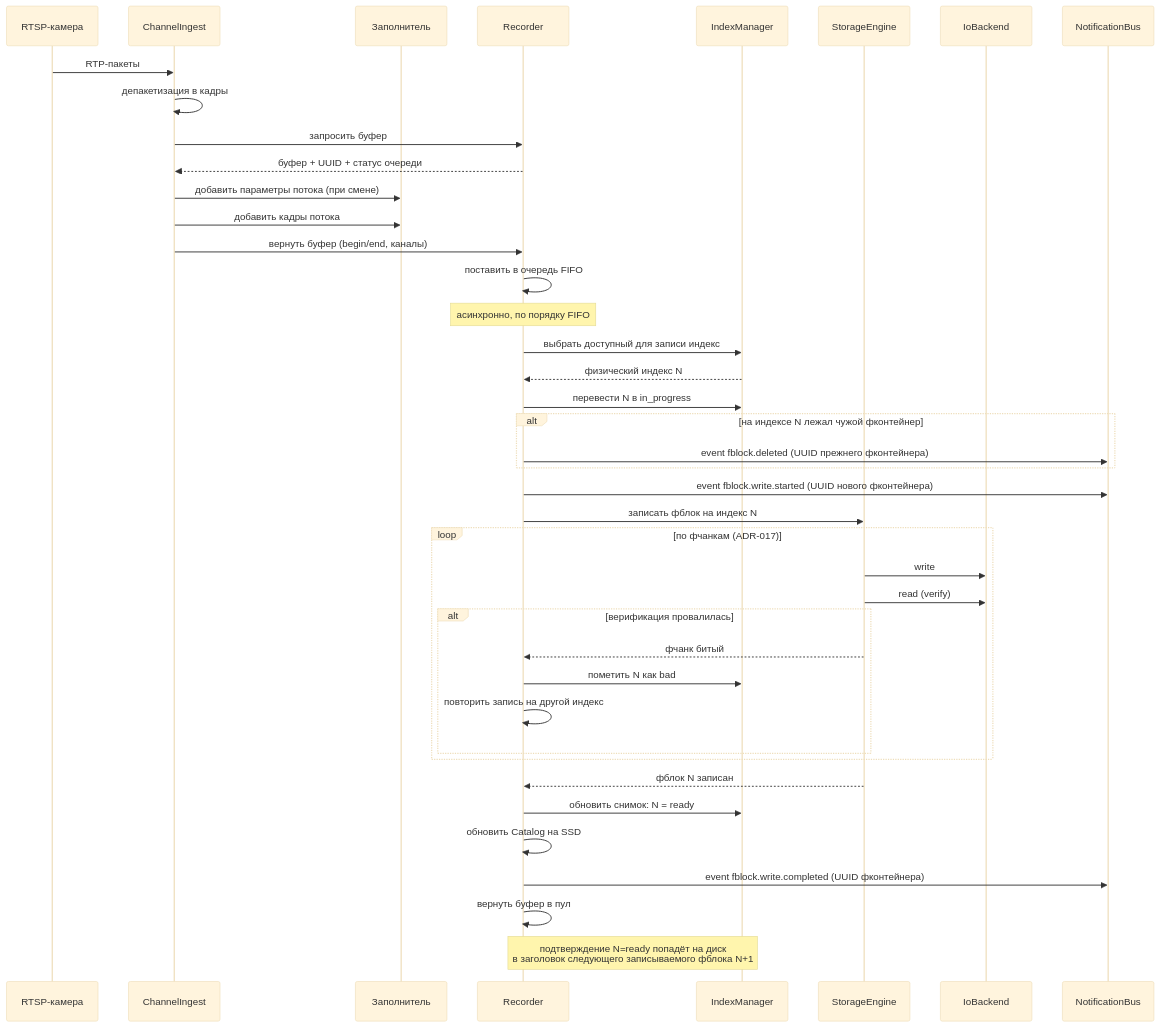
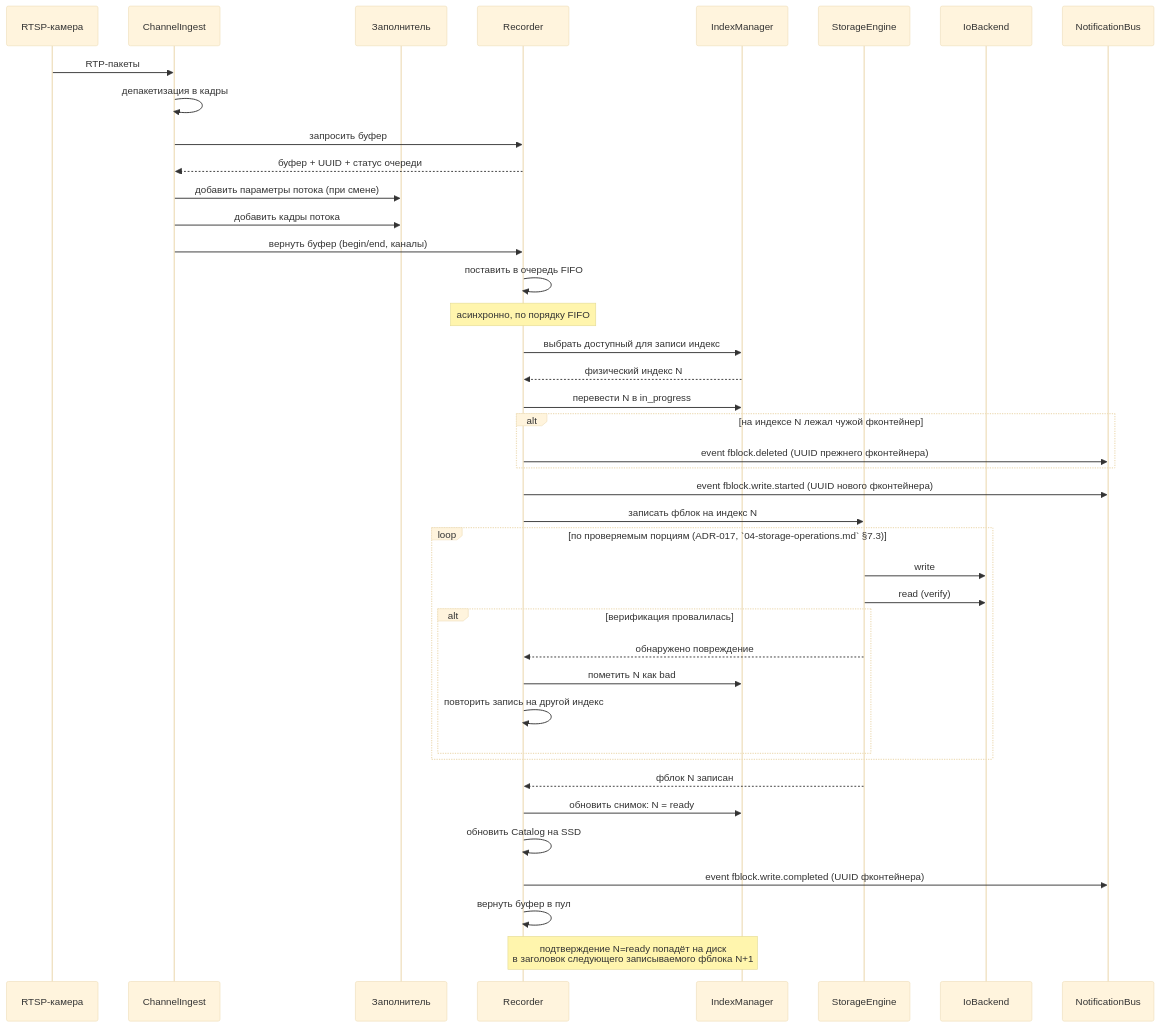
The third of 7 diagrams in docs/docs/archive/10-service-composition.md (traycers/farc), drawn with Mermaid (base theme) before and after one commit. The commit also changed other lines of this file and 6 other files, not shown here.

````diff
--- a/docs/docs/archive/10-service-composition.md
+++ b/docs/docs/archive/10-service-composition.md
@@ -285,48 +284,48 @@
 ```mermaid
 sequenceDiagram
     participant Cam as RTSP-камера
     participant CI as ChannelIngest
     participant Fill as Заполнитель
     participant R as Recorder
     participant IM as IndexManager
     participant SE as StorageEngine
     participant IO as IoBackend
     participant NB as NotificationBus
 
     Cam->>CI: RTP-пакеты
     CI->>CI: депакетизация в кадры
     CI->>R: запросить буфер
     R-->>CI: буфер + UUID + статус очереди
     CI->>Fill: добавить параметры потока (при смене)
     CI->>Fill: добавить кадры потока
     CI->>R: вернуть буфер (begin/end, каналы)
     R->>R: поставить в очередь FIFO
 
     Note over R: асинхронно, по порядку FIFO
     R->>IM: выбрать доступный для записи индекс
     IM-->>R: физический индекс N
     R->>IM: перевести N в in_progress
     alt на индексе N лежал чужой фконтейнер
         R->>NB: event fblock.deleted (UUID прежнего фконтейнера)
     end
     R->>NB: event fblock.write.started (UUID нового фконтейнера)
     R->>SE: записать фблок на индекс N
 
-    loop по фчанкам (ADR-017)
+    loop по проверяемым порциям (ADR-017, `04-storage-operations.md` §7.3)
         SE->>IO: write
         SE->>IO: read (verify)
         alt верификация провалилась
-            SE-->>R: фчанк битый
+            SE-->>R: обнаружено повреждение
             R->>IM: пометить N как bad
             R->>R: повторить запись на другой индекс
         end
     end
 
     SE-->>R: фблок N записан
     R->>IM: обновить снимок: N = ready
     R->>R: обновить Catalog на SSD
     R->>NB: event fblock.write.completed (UUID фконтейнера)
     R->>R: вернуть буфер в пул
 
     Note over R,IM: подтверждение N=ready попадёт на диск<br/>в заголовок следующего записываемого фблока N+1
 ```
````
